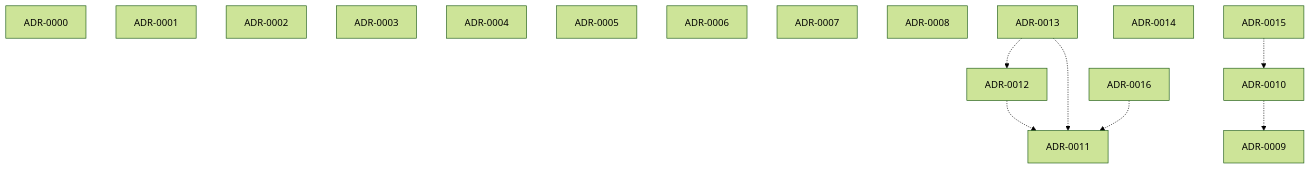
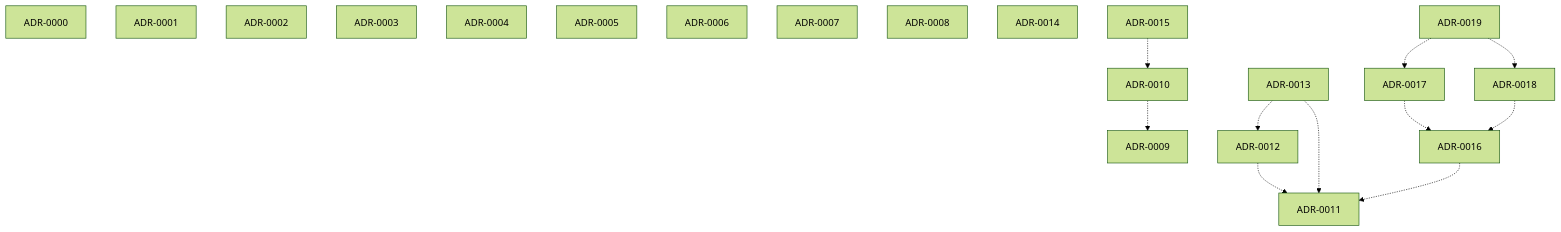
Before and after one commit to omnitech-solutions/omnitech-interview-answers-generator: the diagram in bionic/adrs/lineage.md, drawn with Mermaid (forest theme). The commit also changed other lines of this file and 246 other files, not shown here.

````diff
--- a/bionic/adrs/lineage.md
+++ b/bionic/adrs/lineage.md
@@ -9,26 +9,33 @@
 ```mermaid
 graph TD
   ADR_0000["ADR-0000"]
   ADR_0001["ADR-0001"]
   ADR_0002["ADR-0002"]
   ADR_0003["ADR-0003"]
   ADR_0004["ADR-0004"]
   ADR_0005["ADR-0005"]
   ADR_0006["ADR-0006"]
   ADR_0007["ADR-0007"]
   ADR_0008["ADR-0008"]
   ADR_0009["ADR-0009"]
   ADR_0010["ADR-0010"]
   ADR_0011["ADR-0011"]
   ADR_0012["ADR-0012"]
   ADR_0013["ADR-0013"]
   ADR_0014["ADR-0014"]
   ADR_0015["ADR-0015"]
   ADR_0016["ADR-0016"]
+  ADR_0017["ADR-0017"]
+  ADR_0018["ADR-0018"]
+  ADR_0019["ADR-0019"]
   ADR_0010 -.-> ADR_0009
   ADR_0012 -.-> ADR_0011
   ADR_0013 -.-> ADR_0011
   ADR_0013 -.-> ADR_0012
   ADR_0015 -.-> ADR_0010
   ADR_0016 -.-> ADR_0011
+  ADR_0017 -.-> ADR_0016
+  ADR_0018 -.-> ADR_0016
+  ADR_0019 -.-> ADR_0017
+  ADR_0019 -.-> ADR_0018
 ```
````
